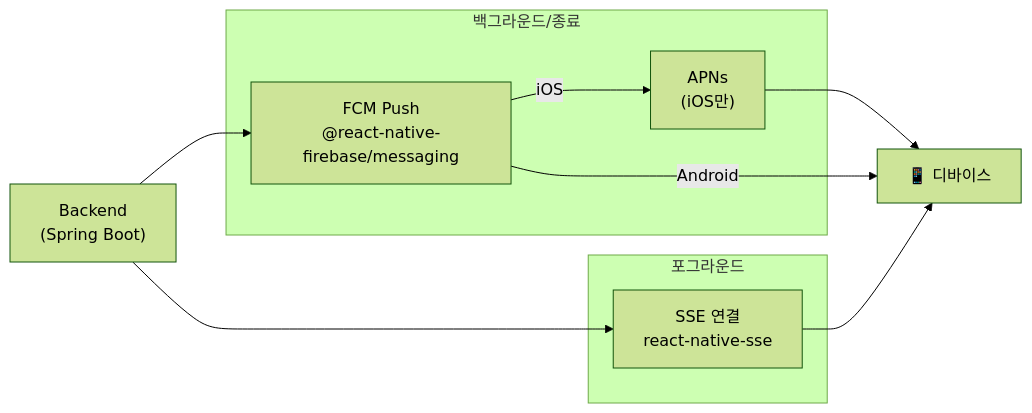
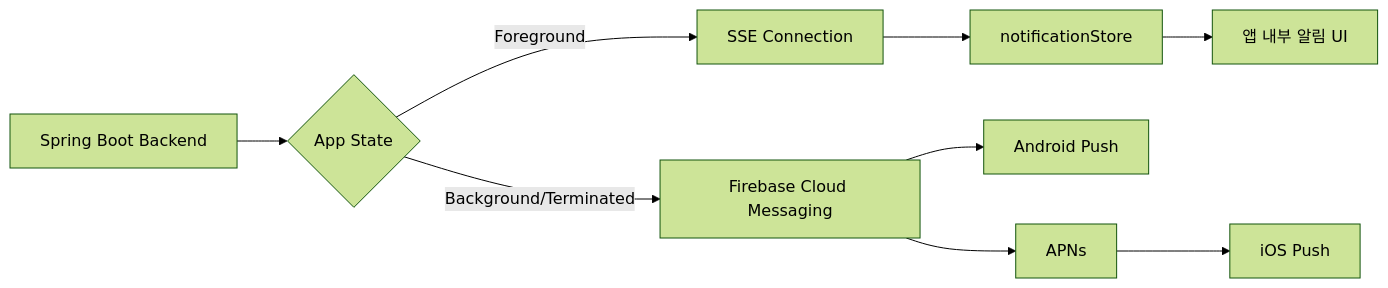
Before and after one commit to Gahyun-313/neurous-client: the first of 4 diagrams in docs/NOTIFICATION.md, drawn with Mermaid (forest theme). The commit also changed other lines of this file, not shown here.

Commit message:
docs: NOTIFICATION 업데이트

````diff
--- a/docs/NOTIFICATION.md
+++ b/docs/NOTIFICATION.md
@@ -12,17 +11,11 @@
 ```mermaid
 flowchart LR
-    subgraph 포그라운드
-        SSE["SSE 연결<br/>react-native-sse"]
-    end
-
-    subgraph 백그라운드/종료
-        FCM["FCM Push<br/>@react-native-firebase/messaging"]
-        APNs["APNs<br/>(iOS만)"]
-    end
-
-    Server["Backend<br/>(Spring Boot)"] --> SSE
-    Server --> FCM
-    FCM -- "iOS" --> APNs --> Device["📱 디바이스"]
-    FCM -- "Android" --> Device
-    SSE --> Device
+    Backend[Spring Boot Backend] --> State{App State}
+    State -- Foreground --> SSE[SSE Connection]
+    SSE --> Store[notificationStore]
+    Store --> InApp[앱 내부 알림 UI]
+    State -- Background/Terminated --> FCM[Firebase Cloud Messaging]
+    FCM --> Android[Android Push]
+    FCM --> APNs[APNs]
+    APNs --> iOS[iOS Push]
 ```
````
